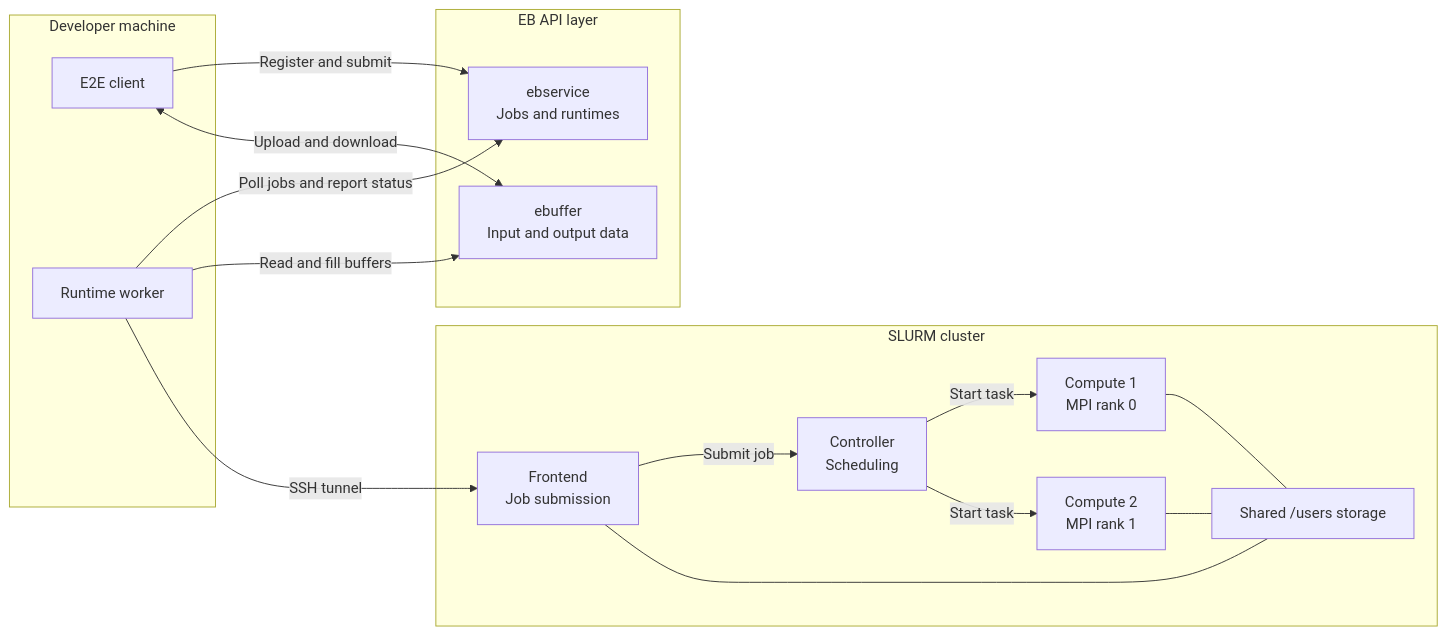
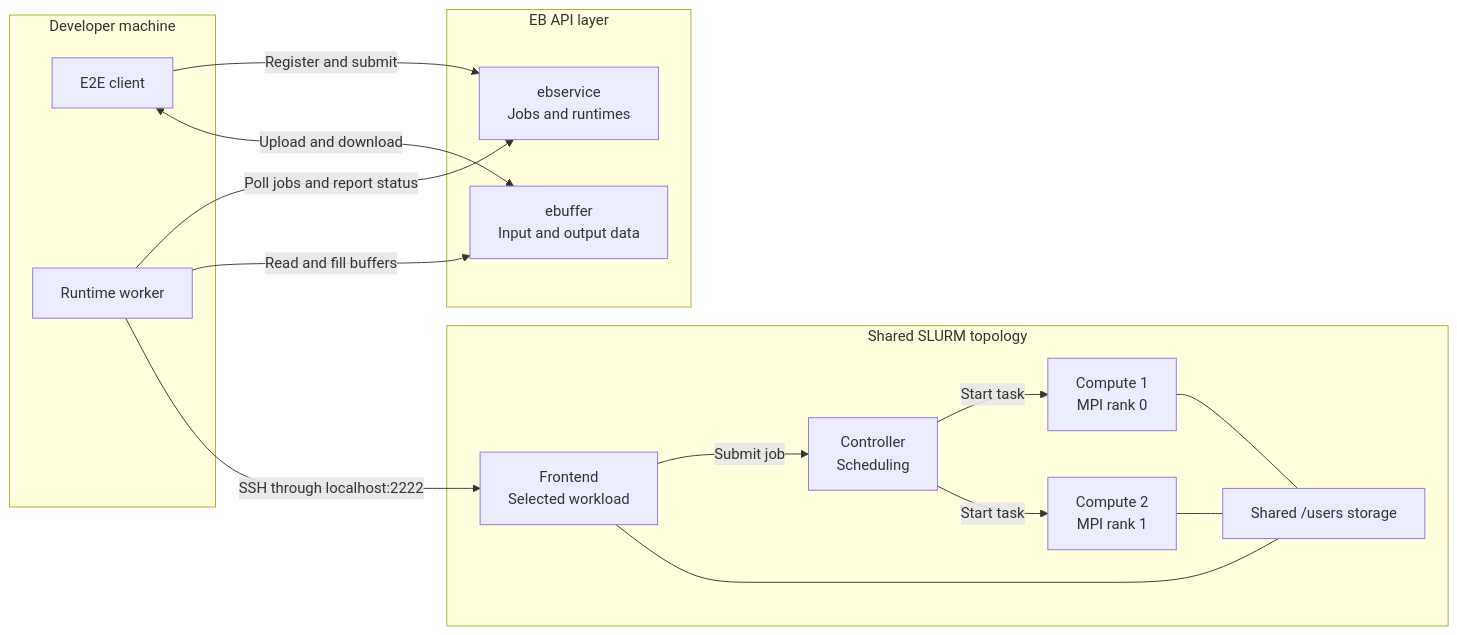
Before and after one commit to unk1ndled/nxc-Exa-AtoW: the diagram in README.md, drawn with Mermaid. The commit also changed other lines of this file, not shown here.

````diff
--- a/README.md
+++ b/README.md
@@ -28,33 +102,33 @@
 ```mermaid
 flowchart LR
     subgraph Host[Developer machine]
         Client[E2E client]
         Runtime[Runtime worker]
     end
 
     subgraph APIs[EB API layer]
         Service[ebservice<br/>Jobs and runtimes]
         Buffer[ebuffer<br/>Input and output data]
     end
 
-    subgraph SLURM[SLURM cluster]
-        Frontend[Frontend<br/>Job submission]
+    subgraph SLURM[Shared SLURM topology]
+        Frontend[Frontend<br/>Selected workload]
         Controller[Controller<br/>Scheduling]
         Compute1[Compute 1<br/>MPI rank 0]
         Compute2[Compute 2<br/>MPI rank 1]
         Users[Shared /users storage]
 
         Frontend -->|Submit job| Controller
         Controller -->|Start task| Compute1
         Controller -->|Start task| Compute2
         Frontend --- Users
         Compute1 --- Users
         Compute2 --- Users
     end
 
     Client -->|Register and submit| Service
     Client <-->|Upload and download| Buffer
     Runtime -->|Poll jobs and report status| Service
     Runtime -->|Read and fill buffers| Buffer
-    Runtime -->|SSH tunnel| Frontend
+    Runtime -->|SSH through localhost:2222| Frontend
 ```
````
